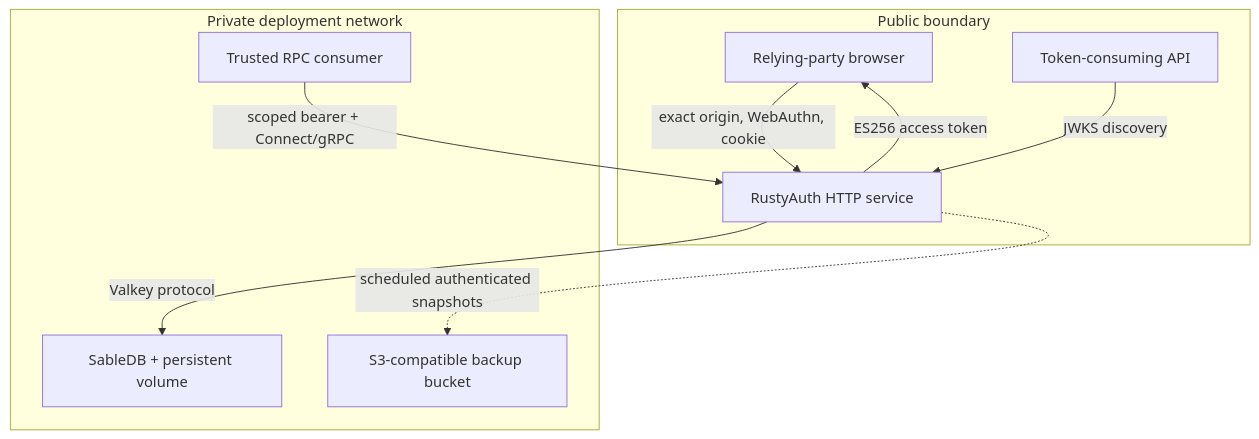
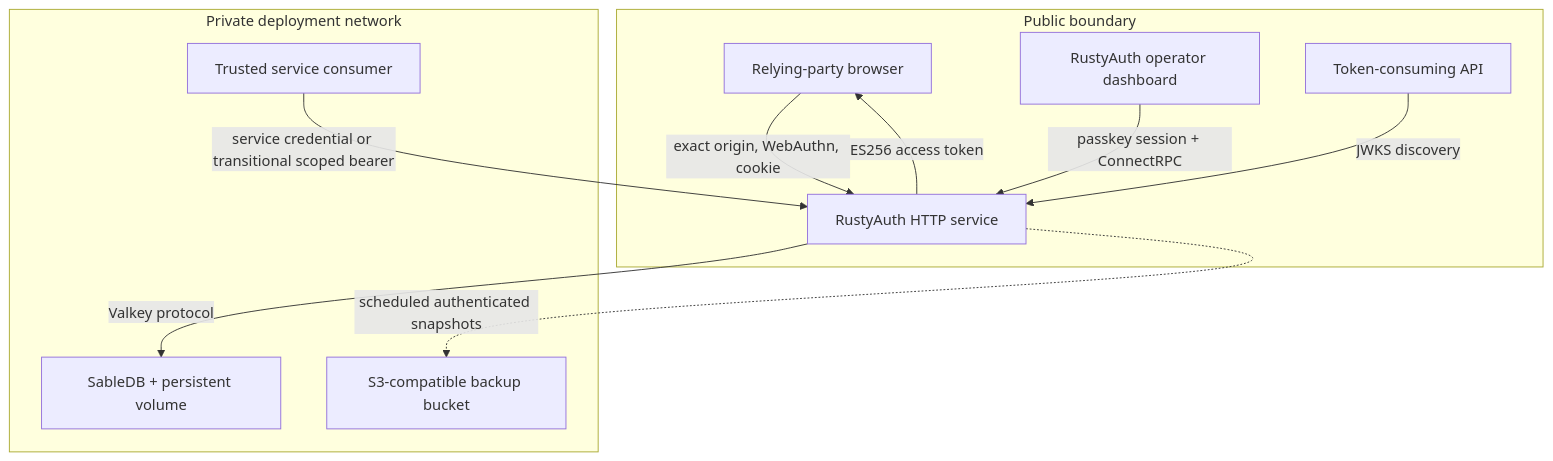
The first of 2 diagrams in docs/ARCHITECTURE.md (rusty-auth/rustyauth), drawn with Mermaid before and after one commit. The commit also changed other lines of this file and 31 other files, not shown here.

Commit message:
feat: ship RustyAuth operator dashboard

````diff
--- a/docs/ARCHITECTURE.md
+++ b/docs/ARCHITECTURE.md
@@ -20,21 +20,23 @@
 ```mermaid
 flowchart TB
     subgraph Public["Public boundary"]
       Browser["Relying-party browser"]
+      Dashboard["RustyAuth operator dashboard"]
       Consumer["Token-consuming API"]
       Auth["RustyAuth HTTP service"]
     end
 
     subgraph Private["Private deployment network"]
       Sable["SableDB + persistent volume"]
       Bucket["S3-compatible backup bucket"]
-      Operator["Trusted RPC consumer"]
+      Operator["Trusted service consumer"]
     end
 
     Browser -->|"exact origin, WebAuthn, cookie"| Auth
+    Dashboard -->|"passkey session + ConnectRPC"| Auth
     Auth -->|"ES256 access token"| Browser
     Consumer -->|"JWKS discovery"| Auth
-    Operator -->|"scoped bearer + Connect/gRPC"| Auth
+    Operator -->|"service credential or transitional scoped bearer"| Auth
     Auth -->|"Valkey protocol"| Sable
     Auth -.->|"scheduled authenticated snapshots"| Bucket
 ```
````
